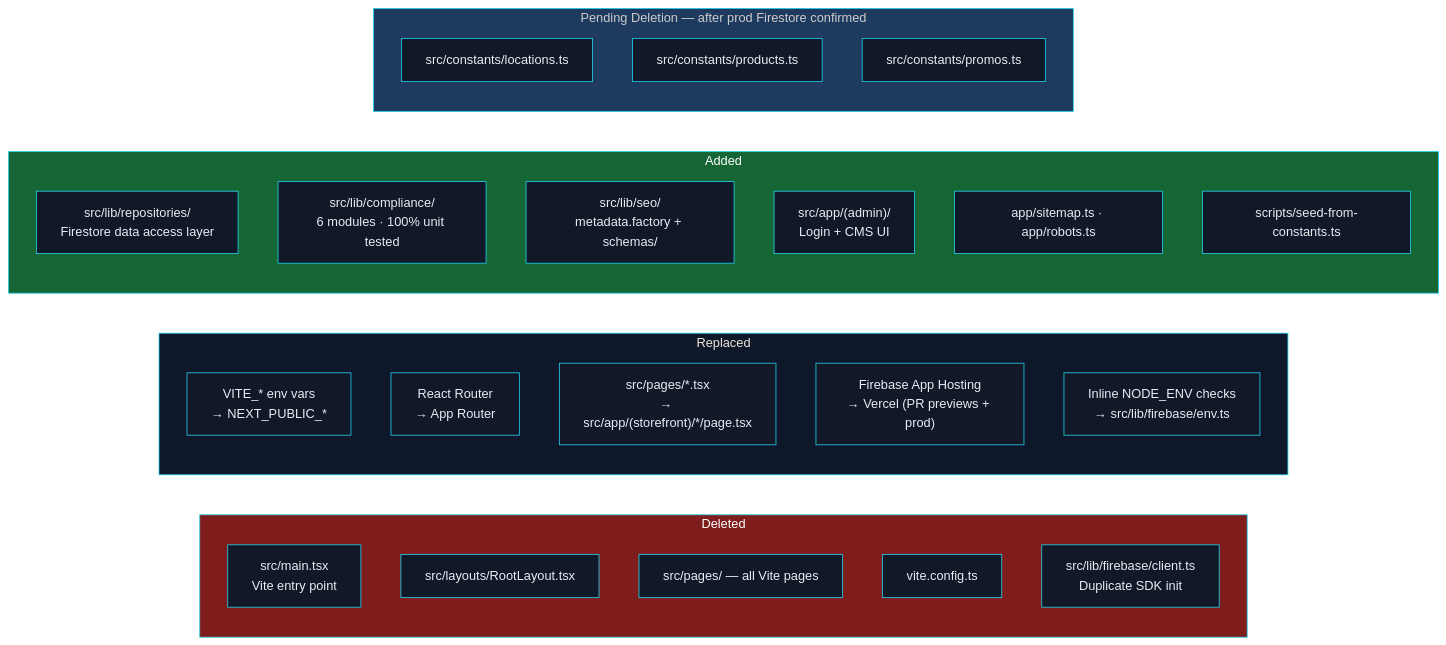
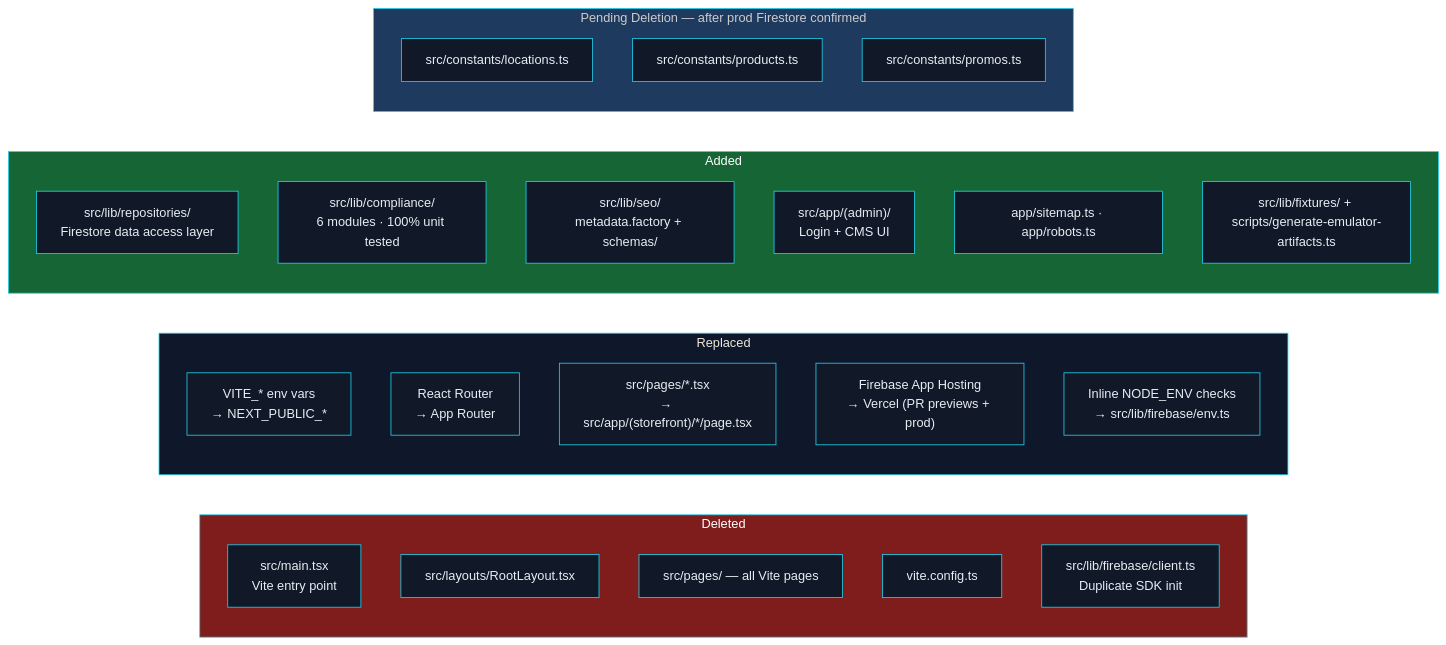
The fifth of 5 diagrams in docs/engineering/architecture.md (brewski-beers/rush-n-relax), drawn with Mermaid before and after one commit. The commit also changed other lines of this file and 78 other files, not shown here.

````diff
--- a/docs/engineering/architecture.md
+++ b/docs/engineering/architecture.md
@@ -241,44 +243,44 @@
 ```mermaid
 %%{init: {'theme': 'base', 'themeVariables': {'background': '#0b0f17', 'primaryColor': '#111827', 'primaryTextColor': '#e6edf3', 'primaryBorderColor': '#22d3ee', 'lineColor': '#94a3b8', 'secondaryColor': '#0f172a', 'tertiaryColor': '#111827', 'clusterBkg': '#0f172a', 'clusterBorder': '#22d3ee', 'fontFamily': 'Avenir Next, Avenir, Segoe UI, sans-serif'}}}%%
 
 flowchart LR
 
     subgraph DEL["Deleted"]
         D1["src/main.tsx\nVite entry point"]
         D2["src/layouts/RootLayout.tsx"]
         D3["src/pages/ — all Vite pages"]
         D4["vite.config.ts"]
         D5["src/lib/firebase/client.ts\nDuplicate SDK init"]
     end
 
     subgraph REP["Replaced"]
         R1["VITE_* env vars\n→ NEXT_PUBLIC_*"]
         R2["React Router\n→ App Router"]
         R3["src/pages/*.tsx\n→ src/app/(storefront)/*/page.tsx"]
         R4["Firebase App Hosting\n→ Vercel (PR previews + prod)"]
         R5["Inline NODE_ENV checks\n→ src/lib/firebase/env.ts"]
     end
 
     subgraph ADD["Added"]
         A1["src/lib/repositories/\nFirestore data access layer"]
         A2["src/lib/compliance/\n6 modules · 100% unit tested"]
         A3["src/lib/seo/\nmetadata.factory + schemas/"]
         A4["src/app/(admin)/\nLogin + CMS UI"]
         A5["app/sitemap.ts · app/robots.ts"]
-        A6["scripts/seed-from-constants.ts"]
+        A6["src/lib/fixtures/ + scripts/generate-emulator-artifacts.ts"]
     end
 
     subgraph GATE["Pending Deletion — after prod Firestore confirmed"]
         G1["src/constants/locations.ts"]
         G2["src/constants/products.ts"]
         G3["src/constants/promos.ts"]
     end
 
     classDef warn fill:#7f1d1d,color:#fff;
     classDef complete fill:#166534,color:#fff;
     classDef pending fill:#1e3a5f,color:#ccc;
 
     class DEL warn;
     class ADD complete;
     class GATE pending;
 ```
````
